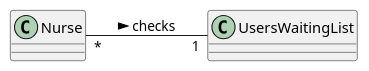
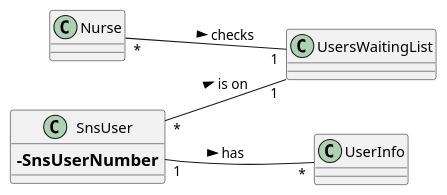
The diagram in docs/SprintC/US005/US005_MD.puml (Pirussa/lei-22-s2-1da-g02), drawn with PlantUML before and after one commit. The commit also changed 10 other files, not shown here.

Commit message:
US005 - Implementation/Tests - New problem 80% solved on both UI and Controller. Tests 100% done. US005 - Modularization - Class Diagram, Domain Model Excerpt and SSD updates. Documentation updates (Design).

```diff
--- a/docs/SprintC/US005/US005_MD.puml
+++ b/docs/SprintC/US005/US005_MD.puml
@@ -1,12 +1,18 @@
 @startuml
 'https://plantuml.com/class-diagram
 
 left to right direction
 
 class Nurse
+class UserInfo
+class UsersWaitingList
+class SnsUser {
+==-SnsUserNumber
+}
 
-class UsersWaitingList
 
 Nurse "*" -- "1" UsersWaitingList : checks >
+SnsUser "1" --  "*" UserInfo : has >
+SnsUser "*" -- "1" UsersWaitingList: is on >
 
 @enduml
```
